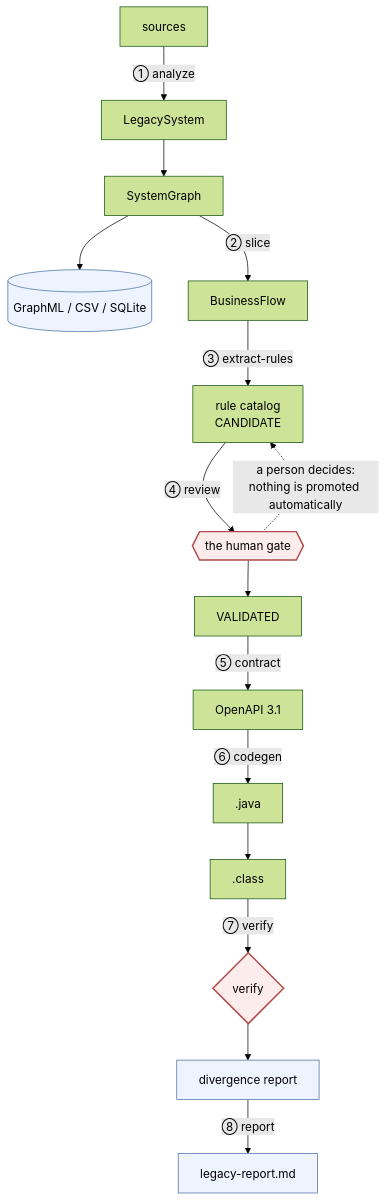
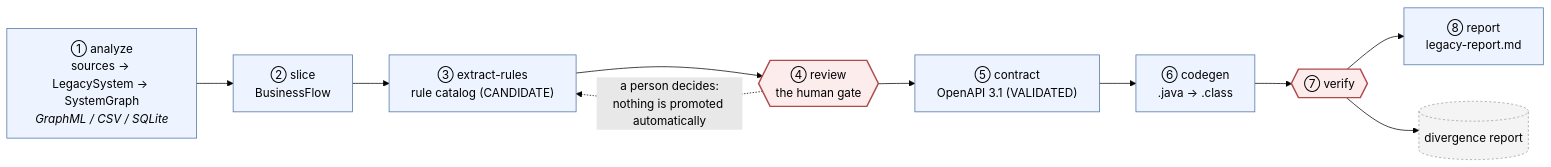
Before and after one commit to odevpedro/legacyctl: the diagram in README.md, drawn with Mermaid (forest theme). The commit also changed 2 other files, not shown here.

````diff
--- a/README.md
+++ b/README.md
@@ -22,24 +22,22 @@
 ```mermaid
-flowchart TD
-    SRC["sources"] -->|① analyze| SYS["LegacySystem"]
-    SYS --> GRAPH["SystemGraph"]
-    GRAPH --> FORMATS[("GraphML / CSV / SQLite")]
-    GRAPH -->|② slice| FLOW["BusinessFlow"]
-    FLOW -->|③ extract-rules| CAT["rule catalog<br/>CANDIDATE"]
-    CAT -->|④ review| HUMAN{{"the human gate"}}
-    HUMAN --> VAL["VALIDATED"]
-    VAL -->|⑤ contract| API["OpenAPI 3.1"]
-    API -->|⑥ codegen| JAVA[".java"]
-    JAVA --> CLASS[".class"]
-    CLASS -->|⑦ verify| VERIFY{"verify"}
-    VERIFY --> DIV["divergence report"]
-    DIV -->|⑧ report| REPORT["legacy-report.md"]
+flowchart LR
+    A["① analyze<br/>sources → LegacySystem → SystemGraph<br/><i>GraphML / CSV / SQLite</i>"]
+    B["② slice<br/>BusinessFlow"]
+    C["③ extract-rules<br/>rule catalog (CANDIDATE)"]
+    D{{"④ review<br/>the human gate"}}
+    E["⑤ contract<br/>OpenAPI 3.1 (VALIDATED)"]
+    F["⑥ codegen<br/>.java → .class"]
+    G{{"⑦ verify"}}
+    H["⑧ report<br/>legacy-report.md"]
 
-    HUMAN -.->|"a person decides:<br/>nothing is promoted automatically"| CAT
+    A --> B --> C --> D --> E --> F --> G --> H
+    D -.->|"a person decides:<br/>nothing is promoted automatically"| C
+    G --> DIV[("divergence report")]
 
-    classDef artifact fill:#eef4ff,stroke:#4a6fa5
-    classDef gate fill:#fff4e6,stroke:#c47f2a,stroke-width:2px
+    classDef stage fill:#eef4ff,stroke:#4a6fa5
     classDef human fill:#fdecec,stroke:#b04a4a,stroke-width:2px
-    class FORMATS,REPORT,DIV artifact
-    class HUMAN,VERIFY human
+    classDef artifact fill:#f4f4f4,stroke:#999,stroke-dasharray: 3 3
+    class A,B,C,E,F,H stage
+    class D,G human
+    class DIV artifact
 ```
````
